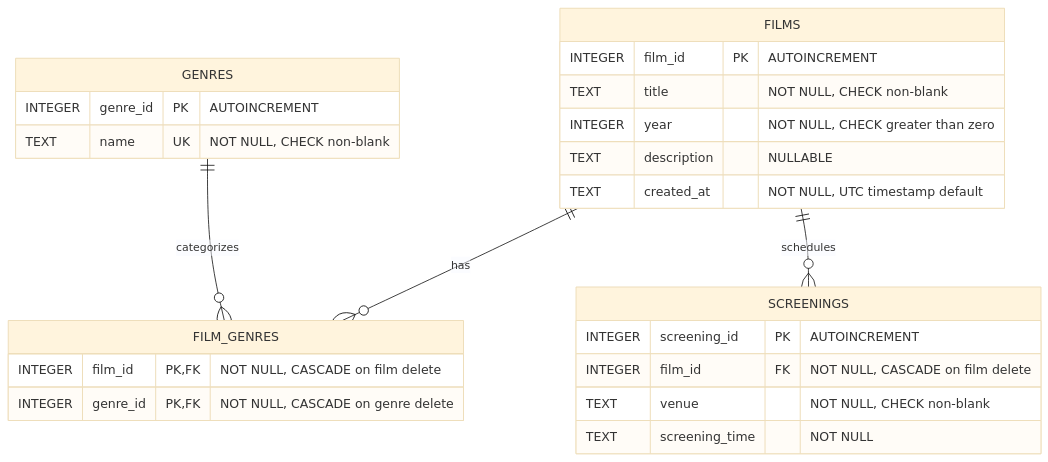
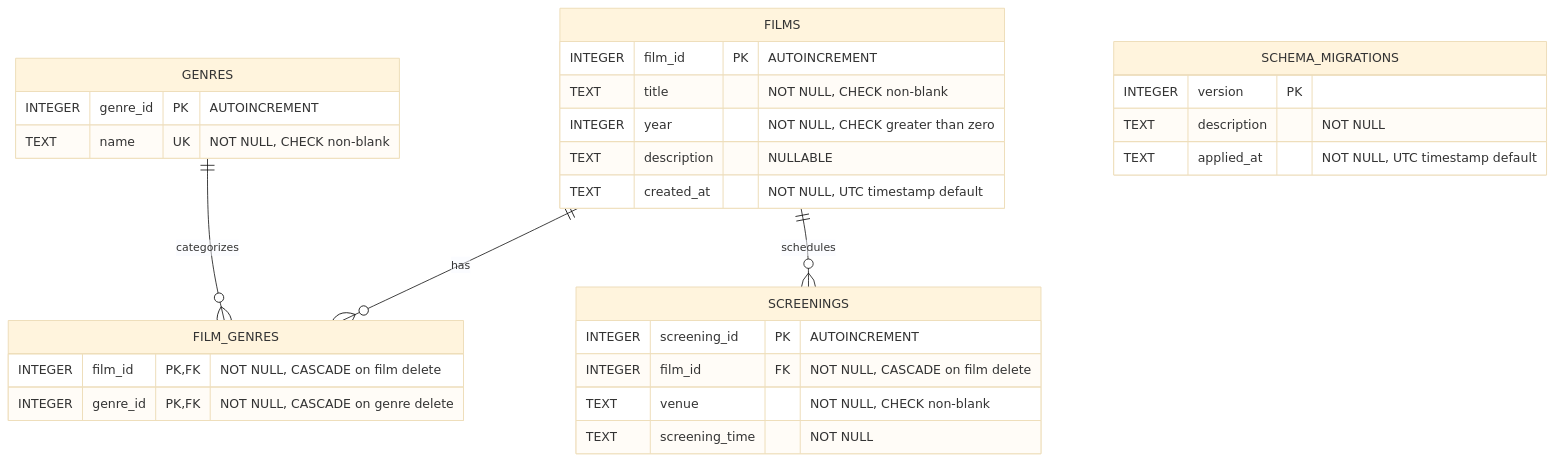
The diagram in docs/erd.mmd (Wikiand/marquee), drawn with Mermaid (base theme) before and after one commit.

Commit message:
docs: include migration history in ER diagram

```diff
--- a/docs/erd.mmd
+++ b/docs/erd.mmd
@@ -1,33 +1,39 @@
 erDiagram
     FILMS {
         INTEGER film_id PK "AUTOINCREMENT"
         TEXT title "NOT NULL, CHECK non-blank"
         INTEGER year "NOT NULL, CHECK greater than zero"
         TEXT description "NULLABLE"
         TEXT created_at "NOT NULL, UTC timestamp default"
     }
 
     GENRES {
         INTEGER genre_id PK "AUTOINCREMENT"
         TEXT name UK "NOT NULL, CHECK non-blank"
     }
 
     FILM_GENRES {
         INTEGER film_id PK, FK "NOT NULL, CASCADE on film delete"
         INTEGER genre_id PK, FK "NOT NULL, CASCADE on genre delete"
     }
 
     SCREENINGS {
         INTEGER screening_id PK "AUTOINCREMENT"
         INTEGER film_id FK "NOT NULL, CASCADE on film delete"
         TEXT venue "NOT NULL, CHECK non-blank"
         TEXT screening_time "NOT NULL"
     }
 
+    SCHEMA_MIGRATIONS {
+        INTEGER version PK
+        TEXT description "NOT NULL"
+        TEXT applied_at "NOT NULL, UTC timestamp default"
+    }
+
     FILMS ||--o{ FILM_GENRES : has
     GENRES ||--o{ FILM_GENRES : categorizes
     FILMS ||--o{ SCREENINGS : schedules
 
     %% Composite primary key: FILM_GENRES (film_id, genre_id)
     %% Index: idx_film_genres_genre (genre_id, film_id)
     %% Index: idx_screenings_film (film_id)
```
